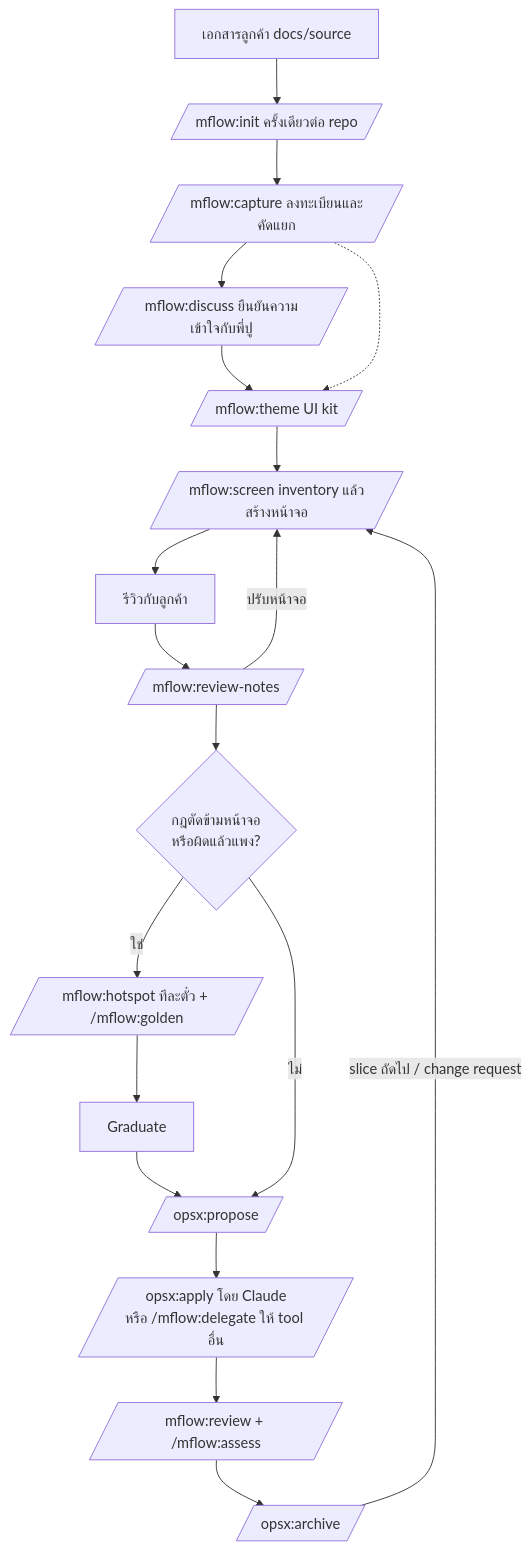
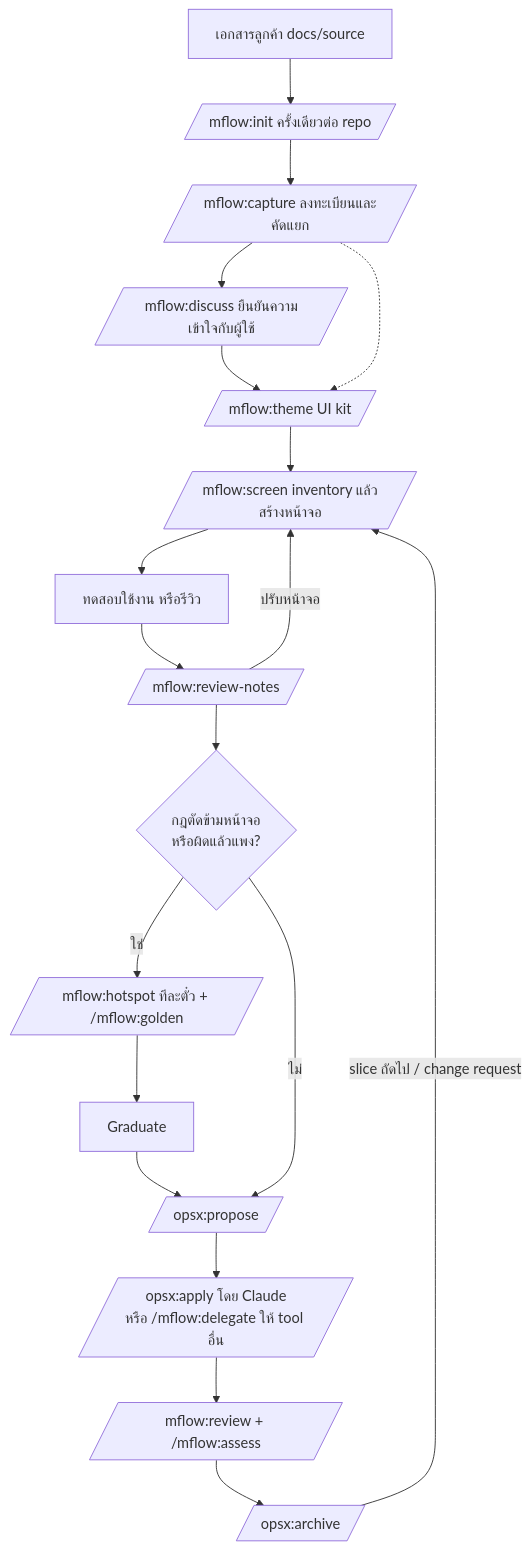
The diagram in docs/requirement.md (mounchons/mflow-marketplace), drawn with Mermaid before and after one commit. The commit also changed other lines of this file and 30 other files, not shown here.

````diff
--- a/docs/requirement.md
+++ b/docs/requirement.md
@@ -59,21 +62,21 @@
 ```mermaid
 flowchart TD
     A[เอกสารลูกค้า docs/source] --> B[/mflow:init ครั้งเดียวต่อ repo/]
     B --> C[/mflow:capture ลงทะเบียนและคัดแยก/]
-    C --> DS[/mflow:discuss ยืนยันความเข้าใจกับพี่ปู/]
+    C --> DS[/mflow:discuss ยืนยันความเข้าใจกับผู้ใช้/]
     DS --> D[/mflow:theme UI kit/]
     C -.-> D
     D --> E[/mflow:screen inventory แล้วสร้างหน้าจอ/]
-    E --> F[รีวิวกับลูกค้า]
+    E --> F[ทดสอบใช้งาน หรือรีวิว]
     F --> G[/mflow:review-notes/]
     G -->|ปรับหน้าจอ| E
     G --> H{กฎตัดข้ามหน้าจอ<br/>หรือผิดแล้วแพง?}
     H -->|ใช่| I[/mflow:hotspot ทีละตั๋ว + /mflow:golden/]
     I --> J[Graduate]
     J --> K[/opsx:propose/]
     H -->|ไม่| K
     K --> L[/opsx:apply โดย Claude<br/>หรือ /mflow:delegate ให้ tool อื่น/]
     L --> M[/mflow:review + /mflow:assess/]
     M --> N[/opsx:archive/]
     N -->|slice ถัดไป / change request| E
 ```
````
